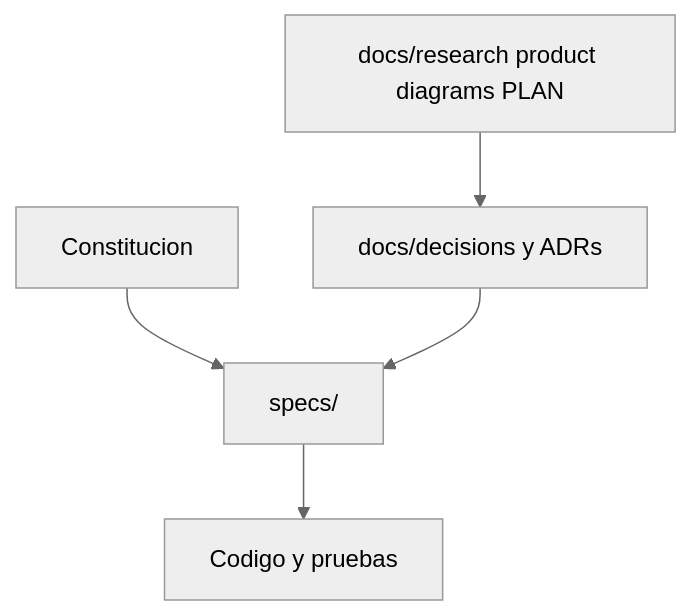
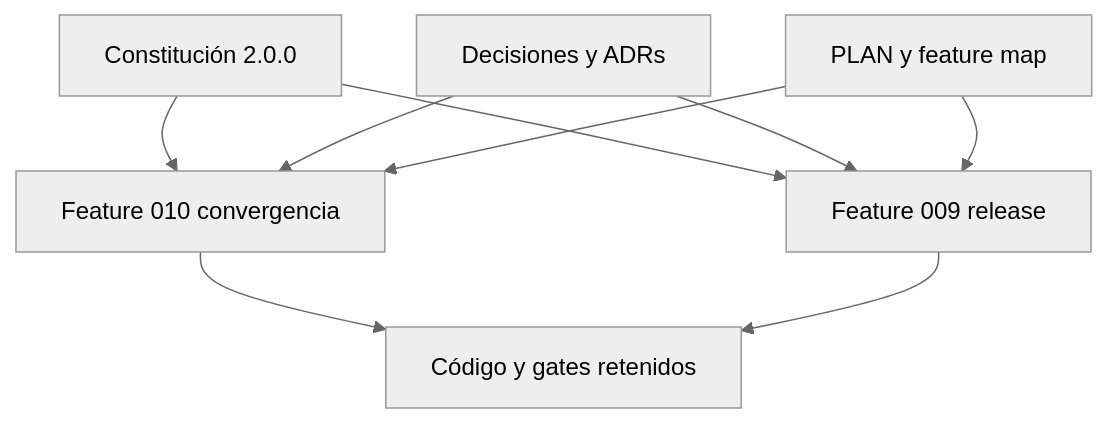
The fifth of 5 diagrams in docs/diagrams.md (Theos48/zed-en-es-translator), drawn with Mermaid (neutral theme) before and after one commit. The commit also changed other lines of this file and 275 other files, not shown here.

````diff
--- a/docs/diagrams.md
+++ b/docs/diagrams.md
@@ -115,13 +109,18 @@
 ```mermaid
 flowchart TD
-    constitution[Constitucion]
-    feature[specs/<feature>]
-    decisions[docs/decisions y ADRs]
-    context[docs/research product diagrams PLAN]
-    code[Codigo y pruebas]
+    constitution[Constitución 2.0.0]
+    cleanup[Feature 010 convergencia]
+    release[Feature 009 release]
+    decisions[Decisiones y ADRs]
+    roadmap[PLAN y feature map]
+    code[Código y gates retenidos]
 
-    constitution --> feature
-    feature --> code
-    decisions --> feature
-    context --> decisions
+    constitution --> cleanup
+    constitution --> release
+    decisions --> cleanup
+    decisions --> release
+    cleanup --> code
+    release --> code
+    roadmap --> cleanup
+    roadmap --> release
 ```
````
